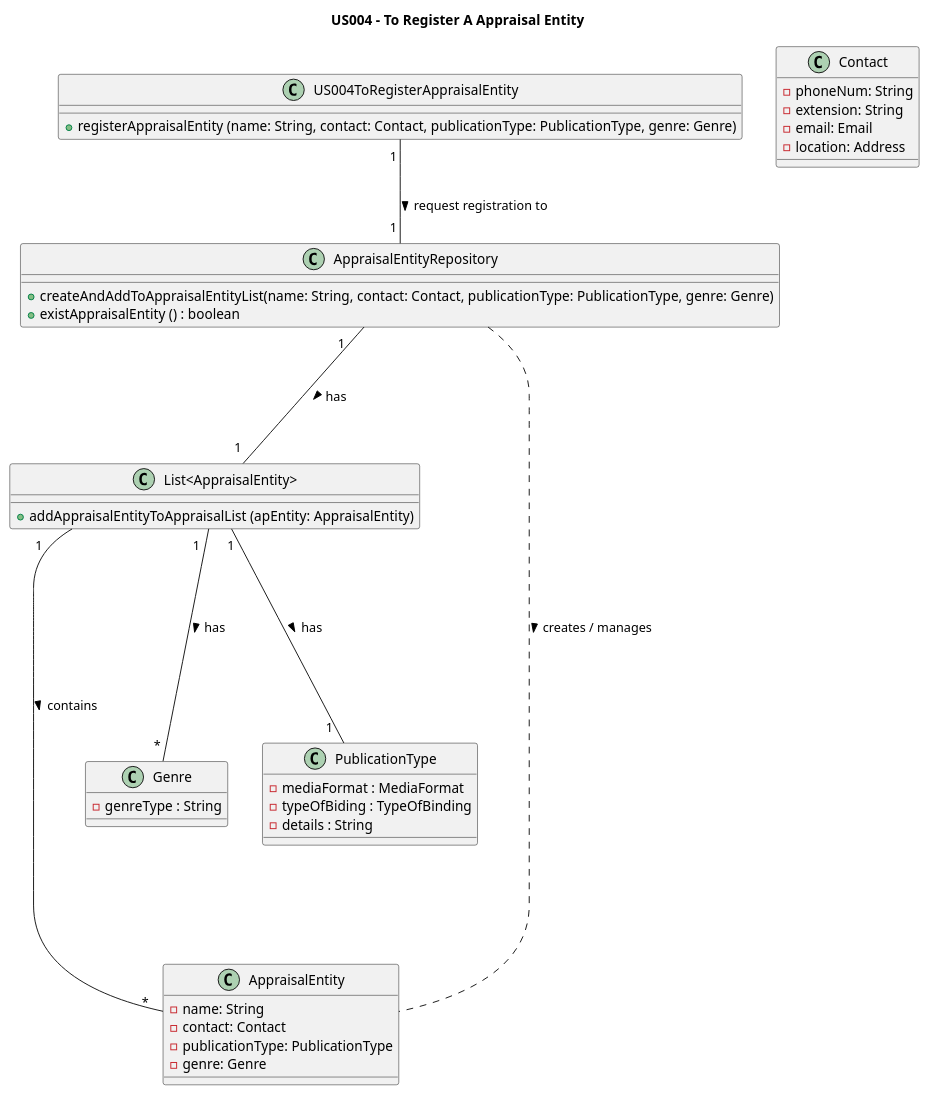
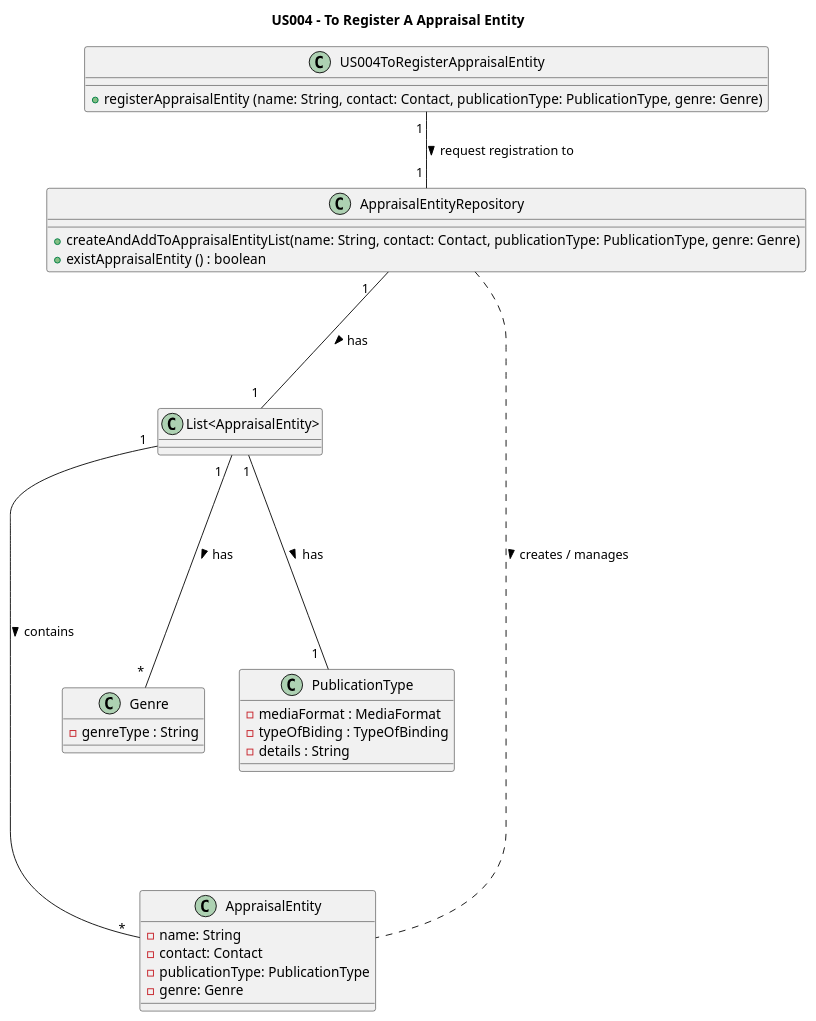
Before and after one commit to AndrePereiraGitH/SWitCH-Project-Team_A: the diagram in Diagrams/ClassDiagrams/US004-to-register-an-appraisal-entity.puml, drawn with PlantUML. The commit also changed 2 other files, not shown here.

Commit message:
Working on #26 #58, Updating sequence diagram from U004

```diff
--- a/Diagrams/ClassDiagrams/US004-to-register-an-appraisal-entity.puml
+++ b/Diagrams/ClassDiagrams/US004-to-register-an-appraisal-entity.puml
@@ -1,57 +1,56 @@
 @startuml
 title US004 - To Register A Appraisal Entity
 
 class US004ToRegisterAppraisalEntity {
   +registerAppraisalEntity (name: String, contact: Contact, publicationType: PublicationType, genre: Genre)
 }
 
 class AppraisalEntityRepository {
   +createAndAddToAppraisalEntityList(name: String, contact: Contact, publicationType: PublicationType, genre: Genre)
   +existAppraisalEntity () : boolean
 ' Those methods are part of createAndRegisterAppraisalEntity
 '  +validateAppraisalEntity(ae: AppraisalEntity) : boolean
 '  +addToAppraisalEntityList(ae: AppraisalEntity) : void
 }
 
 class "List<AppraisalEntity>" {
-  +addAppraisalEntityToAppraisalList (apEntity: AppraisalEntity)
 }
 
 
 class AppraisalEntity {
   -name: String
   -contact: Contact
   -publicationType: PublicationType
   -genre: Genre
 }
 
 
 class Genre {
   -genreType : String
 }
 
 class PublicationType {
   -mediaFormat : MediaFormat
   -typeOfBiding : TypeOfBinding
   -details : String
 }
 
-class Contact {
+/' class Contact {
   -phoneNum: String
   -extension: String
   -email: Email
   -location: Address
 }
-
+'/
 ' Interactions
 
 US004ToRegisterAppraisalEntity "1 " -- "1 " AppraisalEntityRepository : request registration to >
 AppraisalEntityRepository  .------- AppraisalEntity : creates / manages >
 AppraisalEntityRepository "1    " --- " 1  " "List<AppraisalEntity>" : has >
 
 "List<AppraisalEntity>" "1 " -- " *  " AppraisalEntity : contains >
 "List<AppraisalEntity>" "1  " ---- " * " "Genre" : has >
 "List<AppraisalEntity>" "1" ---- " 1  " PublicationType : has >
 
 
 @enduml
```
